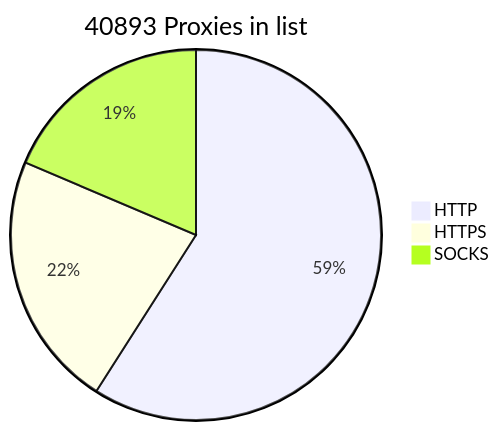
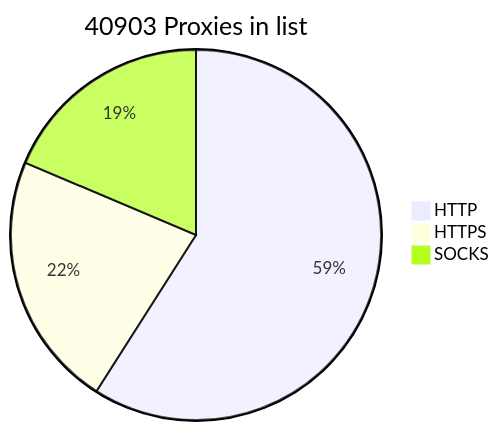
Before and after one commit to BlackSnowDot/proxylist-update-every-minute: the diagram in README.md, drawn with Mermaid.

````diff
--- a/README.md
+++ b/README.md
@@ -2,6 +2,6 @@
 ```mermaid
-pie title 40893 Proxies in list
+pie title 40903 Proxies in list
     "HTTP" : 28341
     "HTTPS": 10730
-    "SOCKS" : 8932
+    "SOCKS" : 8942
 ```
````
